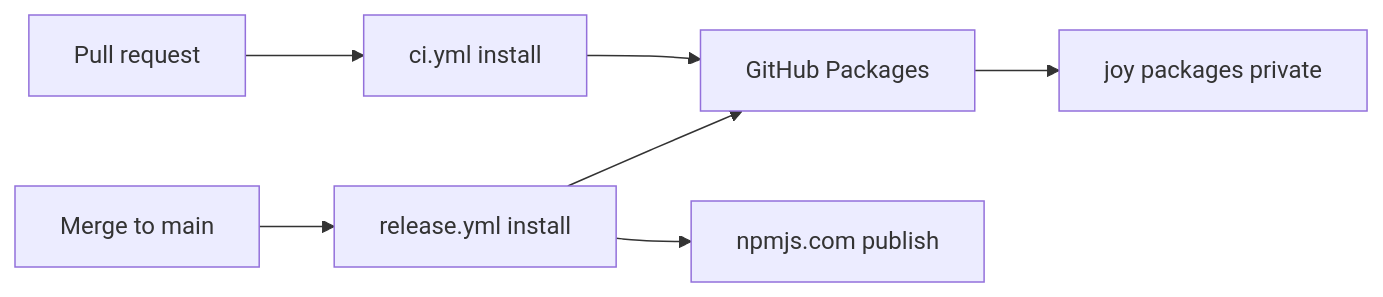
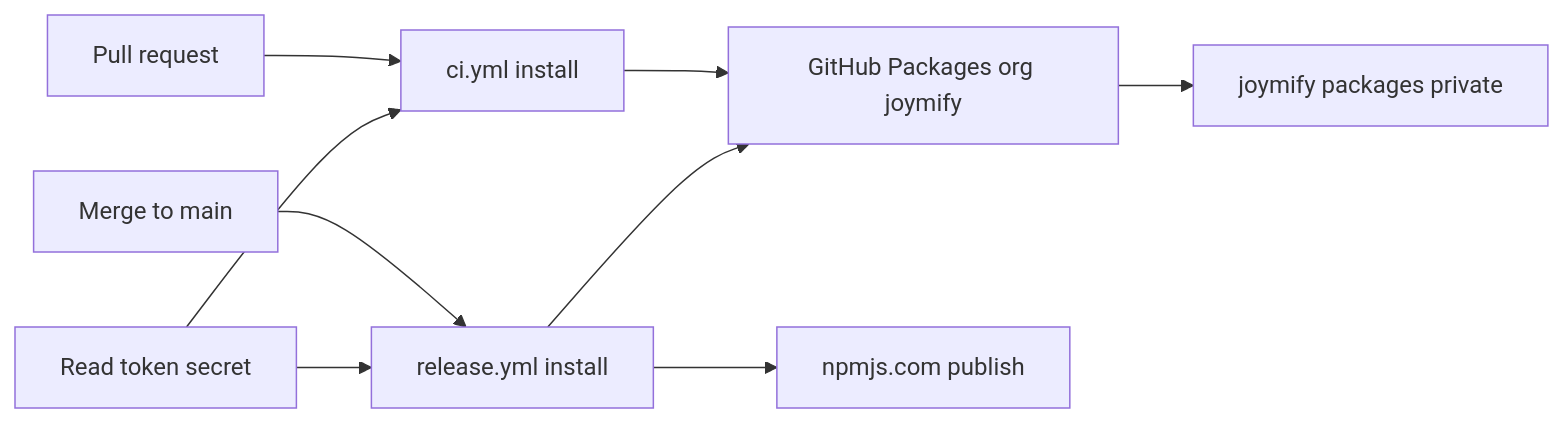
Before and after one commit to montionugera/cli-state-handler: the first of 2 diagrams in .claude/idea_backlog/I-038-adopt-the-joymify-design-system-in-the-d/spec.md, drawn with Mermaid. The commit also changed other lines of this file, not shown here.

First line of the commit message:
docs(I-038): revise spec for @joymify packages and stored read token

````diff
--- a/.claude/idea_backlog/I-038-adopt-the-joymify-design-system-in-the-d/spec.md
+++ b/.claude/idea_backlog/I-038-adopt-the-joymify-design-system-in-the-d/spec.md
@@ -124,9 +133,11 @@
 ```mermaid
 flowchart LR
   PR[Pull request] --> CI[ci.yml install]
   MERGE[Merge to main] --> REL[release.yml install]
-  CI --> GHP[GitHub Packages]
+  SECRET[Read token secret] --> CI
+  SECRET --> REL
+  CI --> GHP[GitHub Packages org joymify]
   REL --> GHP
   REL --> NPMJS[npmjs.com publish]
-  GHP --> JOY[joy packages private]
+  GHP --> JOY[joymify packages private]
 ```
````
